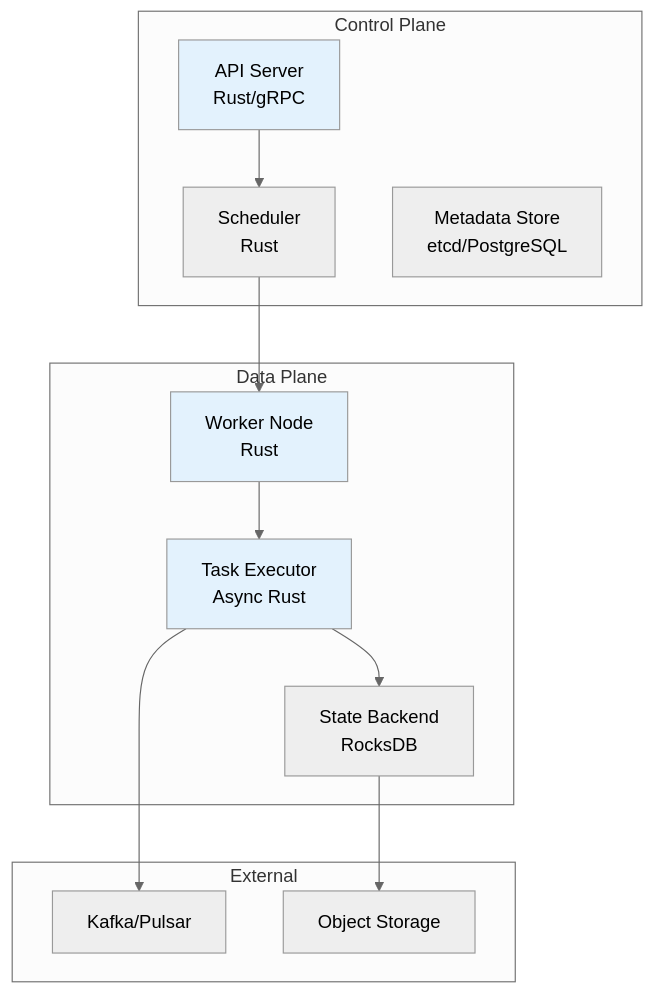
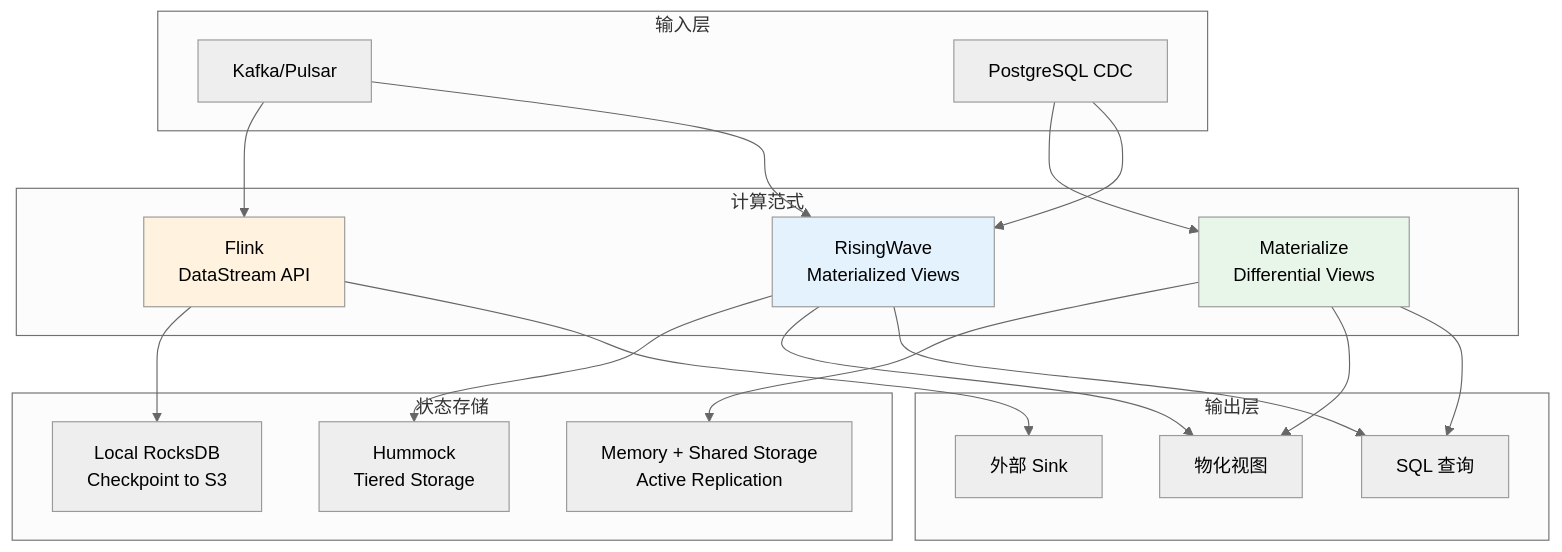
One commit to AdaMartin18010/AnalysisDataFlow changed the second of 7 diagrams in Knowledge/06-frontier/rust-streaming-ecosystem.md. Above: the diagram before and after it, drawn with Mermaid (neutral theme). The commit also changed other lines of this file and 20 other files, not shown here.

````diff
--- a/Knowledge/06-frontier/rust-streaming-ecosystem.md
+++ b/Knowledge/06-frontier/rust-streaming-ecosystem.md
@@ -232,30 +274,44 @@
 ```mermaid
 graph TB
-    subgraph "Control Plane"
-        A[API Server<br/>Rust/gRPC]
-        B[Scheduler<br/>Rust]
-        C[Metadata Store<br/>etcd/PostgreSQL]
+    subgraph "输入层"
+        K[Kafka/Pulsar]
+        CDC[PostgreSQL CDC]
     end
 
-    subgraph "Data Plane"
-        D[Worker Node<br/>Rust]
-        E[Task Executor<br/>Async Rust]
-        F[State Backend<br/>RocksDB]
+    subgraph "计算范式"
+        F[Flink<br/>DataStream API]
+        RW[RisingWave<br/>Materialized Views]
+        MZ[Materialize<br/>Differential Views]
     end
 
-    subgraph "External"
-        G[Kafka/Pulsar]
-        H[Object Storage]
+    subgraph "状态存储"
+        FS[Local RocksDB<br/>Checkpoint to S3]
+        RS[Hummock<br/>Tiered Storage]
+        MS[Memory + Shared Storage<br/>Active Replication]
     end
 
-    A --> B
-    B --> D
-    D --> E
-    E --> F
-    E --> G
-    F --> H
+    subgraph "输出层"
+        Sink[外部 Sink]
+        MV[物化视图]
+        Query[SQL 查询]
+    end
 
-    style A fill:#e3f2fd
-    style D fill:#e3f2fd
-    style E fill:#e3f2fd
+    K --> F
+    K --> RW
+    CDC --> MZ
+    CDC --> RW
+
+    F --> FS
+    RW --> RS
+    MZ --> MS
+
+    F --> Sink
+    RW --> MV
+    RW --> Query
+    MZ --> MV
+    MZ --> Query
+
+    style F fill:#fff3e0
+    style RW fill:#e3f2fd
+    style MZ fill:#e8f5e9
 ```
````
